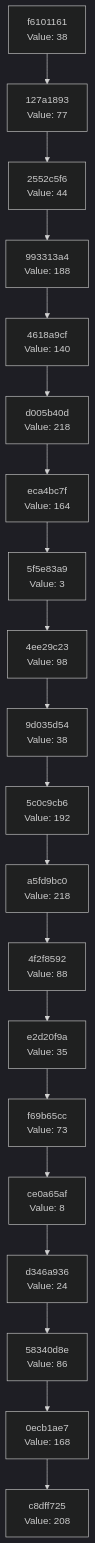
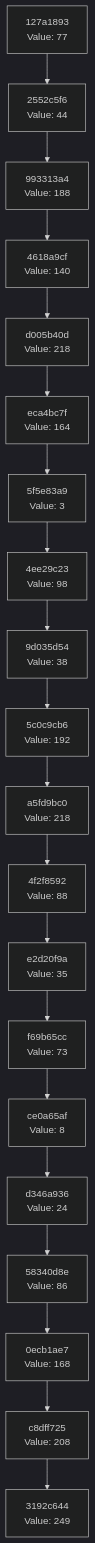
Before and after one commit to Abhisheksinha1506/hash-chain-evolver: the diagram in docs/CHAIN_VISUALIZATION.md, drawn with Mermaid (dark theme). The commit also changed 2 other files, not shown here.

Commit message:
Evolution Step

````diff
--- a/docs/CHAIN_VISUALIZATION.md
+++ b/docs/CHAIN_VISUALIZATION.md
@@ -3,42 +3,42 @@
 ```mermaid
 graph TD
-    C0["c8dff725<br/>Value: 208"]
-    C1["0ecb1ae7<br/>Value: 168"]
+    C0["3192c644<br/>Value: 249"]
+    C1["c8dff725<br/>Value: 208"]
     C1 --> C0
-    C2["58340d8e<br/>Value: 86"]
+    C2["0ecb1ae7<br/>Value: 168"]
     C2 --> C1
-    C3["d346a936<br/>Value: 24"]
+    C3["58340d8e<br/>Value: 86"]
     C3 --> C2
-    C4["ce0a65af<br/>Value: 8"]
+    C4["d346a936<br/>Value: 24"]
     C4 --> C3
-    C5["f69b65cc<br/>Value: 73"]
+    C5["ce0a65af<br/>Value: 8"]
     C5 --> C4
-    C6["e2d20f9a<br/>Value: 35"]
+    C6["f69b65cc<br/>Value: 73"]
     C6 --> C5
-    C7["4f2f8592<br/>Value: 88"]
+    C7["e2d20f9a<br/>Value: 35"]
     C7 --> C6
-    C8["a5fd9bc0<br/>Value: 218"]
+    C8["4f2f8592<br/>Value: 88"]
     C8 --> C7
-    C9["5c0c9cb6<br/>Value: 192"]
+    C9["a5fd9bc0<br/>Value: 218"]
     C9 --> C8
-    C10["9d035d54<br/>Value: 38"]
+    C10["5c0c9cb6<br/>Value: 192"]
     C10 --> C9
-    C11["4ee29c23<br/>Value: 98"]
+    C11["9d035d54<br/>Value: 38"]
     C11 --> C10
-    C12["5f5e83a9<br/>Value: 3"]
+    C12["4ee29c23<br/>Value: 98"]
     C12 --> C11
-    C13["eca4bc7f<br/>Value: 164"]
+    C13["5f5e83a9<br/>Value: 3"]
     C13 --> C12
-    C14["d005b40d<br/>Value: 218"]
+    C14["eca4bc7f<br/>Value: 164"]
     C14 --> C13
-    C15["4618a9cf<br/>Value: 140"]
+    C15["d005b40d<br/>Value: 218"]
     C15 --> C14
-    C16["993313a4<br/>Value: 188"]
+    C16["4618a9cf<br/>Value: 140"]
     C16 --> C15
-    C17["2552c5f6<br/>Value: 44"]
+    C17["993313a4<br/>Value: 188"]
     C17 --> C16
-    C18["127a1893<br/>Value: 77"]
+    C18["2552c5f6<br/>Value: 44"]
     C18 --> C17
-    C19["f6101161<br/>Value: 38"]
+    C19["127a1893<br/>Value: 77"]
     C19 --> C18
 ```
````
